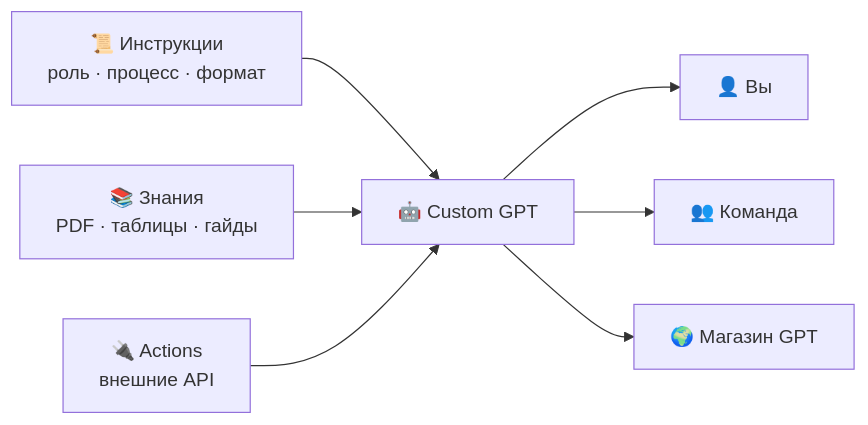
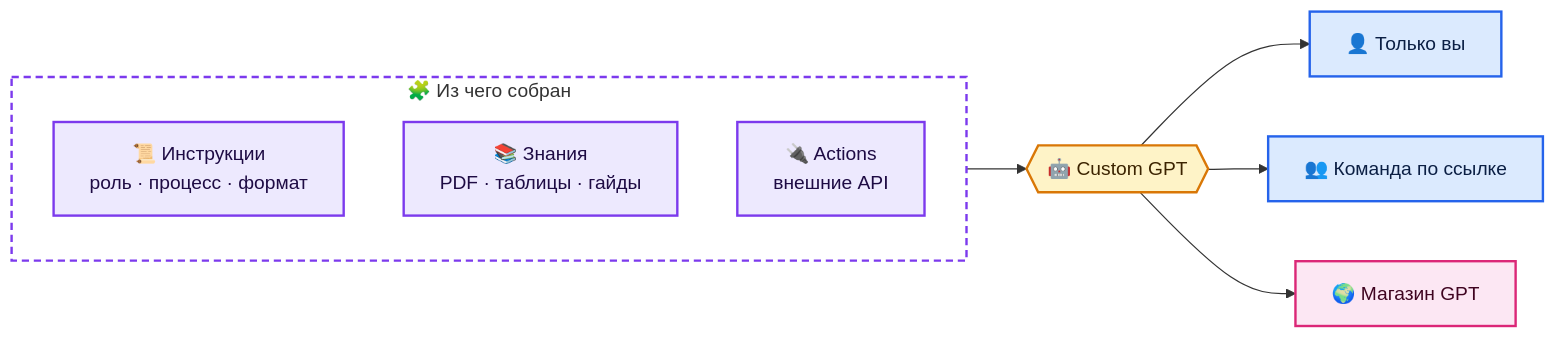
One commit to justxor/ChatGPT_ru changed the tenth of 13 diagrams in README.md. Above: the diagram before and after it, drawn with Mermaid. The commit also changed other lines of this file, not shown here.

Commit message:
Схемы: цветовая разметка, группы и подписи; карта «Что полезного в репозитории»

````diff
--- a/README.md
+++ b/README.md
@@ -386,9 +508,19 @@
 ```mermaid
 flowchart LR
-    I["📜 Инструкции<br/>роль · процесс · формат"] --> G["🤖 Custom GPT"]
-    K["📚 Знания<br/>PDF · таблицы · гайды"] --> G
-    A["🔌 Actions<br/>внешние API"] --> G
-    G --> U1["👤 Вы"]
-    G --> U2["👥 Команда"]
-    G --> U3["🌍 Магазин GPT"]
+    subgraph IN["🧩 Из чего собран"]
+        I["📜 Инструкции<br/>роль · процесс · формат"]:::ctx
+        K["📚 Знания<br/>PDF · таблицы · гайды"]:::ctx
+        A["🔌 Actions<br/>внешние API"]:::ctx
+    end
+    IN --> G{{"🤖 Custom GPT"}}:::model
+    G --> U1["👤 Только вы"]:::user
+    G --> U2["👥 Команда по ссылке"]:::user
+    G --> U3["🌍 Магазин GPT"]:::out
+    style IN fill:none,stroke:#7c3aed,stroke-width:2px,stroke-dasharray:6 4
+    classDef user fill:#dbeafe,stroke:#2563eb,stroke-width:2px,color:#0b1f44
+    classDef ctx fill:#ede9fe,stroke:#7c3aed,stroke-width:2px,color:#1e0b44
+    classDef model fill:#fef3c7,stroke:#d97706,stroke-width:2px,color:#3b2300
+    classDef tool fill:#dcfce7,stroke:#16a34a,stroke-width:2px,color:#052e16
+    classDef out fill:#fce7f3,stroke:#db2777,stroke-width:2px,color:#3f0420
+    classDef warn fill:#fee2e2,stroke:#dc2626,stroke-width:2px,color:#450a0a
 ```
````
